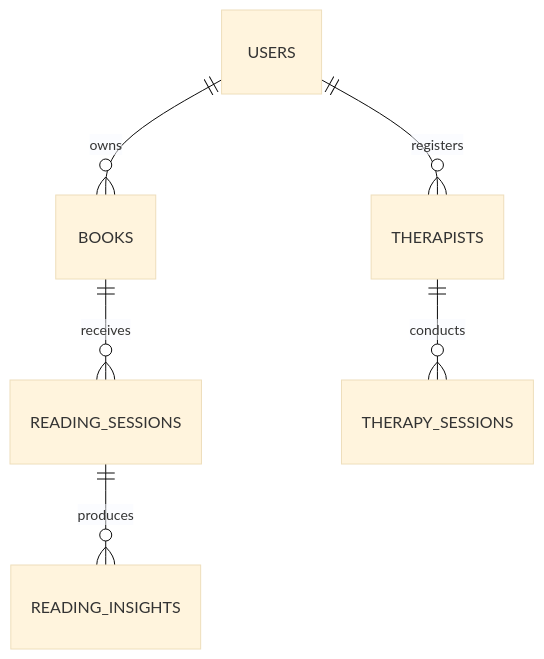
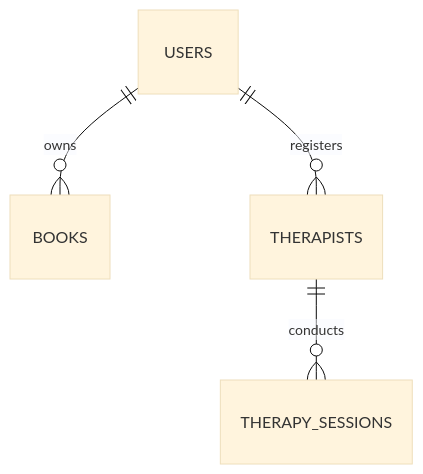
The fourth of 6 diagrams in docs/03_DATABASE/ERD.md (srbwayne/LifeOs), drawn with Mermaid (base theme) before and after one commit. The commit also changed other lines of this file and 5 other files, not shown here.

````diff
--- a/docs/03_DATABASE/ERD.md
+++ b/docs/03_DATABASE/ERD.md
@@ -1151,8 +1160,6 @@
 ```mermaid
 erDiagram
     USERS ||--o{ BOOKS : owns
-    BOOKS ||--o{ READING_SESSIONS : receives
-    READING_SESSIONS ||--o{ READING_INSIGHTS : produces
     USERS ||--o{ THERAPISTS : registers
     THERAPISTS ||--o{ THERAPY_SESSIONS : conducts
 ```
````
